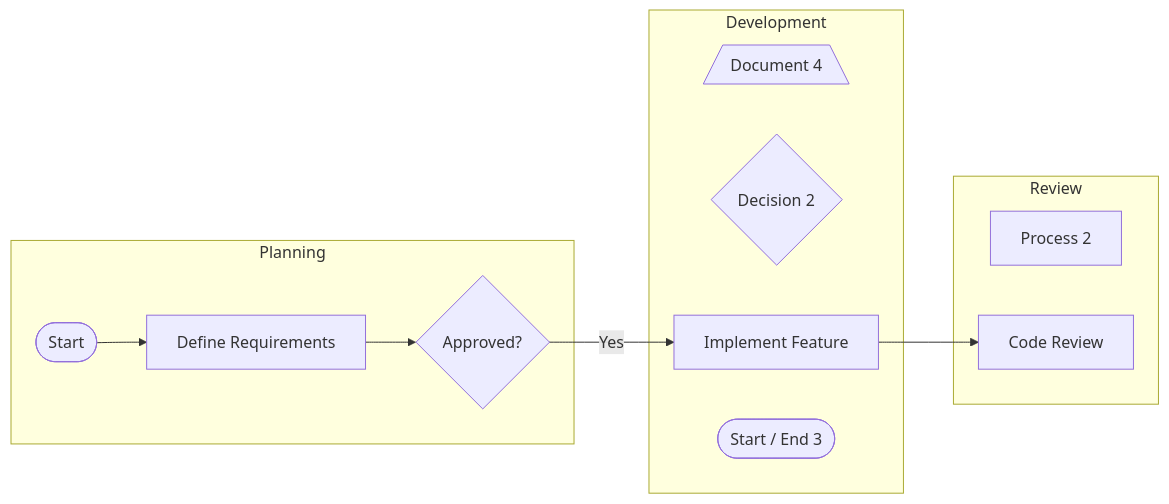
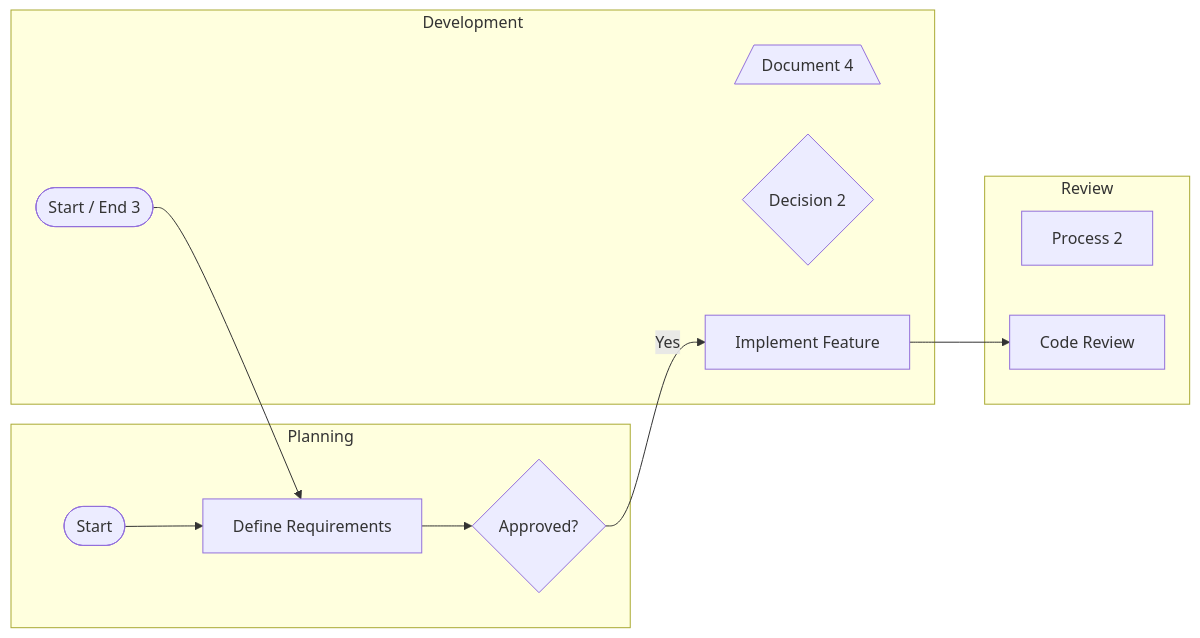
One commit to pingpm/mermaid_vault changed the diagram in mmd/123_9b882ae4-c4df-432b-9e50-9fb05b2c95e5.mmd. Above: the diagram before and after it, drawn with Mermaid. The commit also changed 4 other files, not shown here.

Commit message:
Sync Mermaid Studio data (14 diagrams)

```diff
--- a/mmd/123_9b882ae4-c4df-432b-9e50-9fb05b2c95e5.mmd
+++ b/mmd/123_9b882ae4-c4df-432b-9e50-9fb05b2c95e5.mmd
@@ -1,20 +1,21 @@
 flowchart LR
   subgraph lane_0["Planning"]
     t_0{"Approved?"}
     t_1["Define Requirements"]
     t_2(["Start"])
   end
   subgraph lane_1["Development"]
     t_3[/"Document 4"\]
     t_4{"Decision 2"}
     t_5["Implement Feature"]
     t_6(["Start / End 3"])
   end
   subgraph lane_2["Review"]
     t_7["Process 2"]
     t_8["Code Review"]
   end
   t_0 -->|"Yes"| t_5
   t_5 --> t_8
   t_2 --> t_1
   t_1 --> t_0
+  t_6 --> t_1
```
